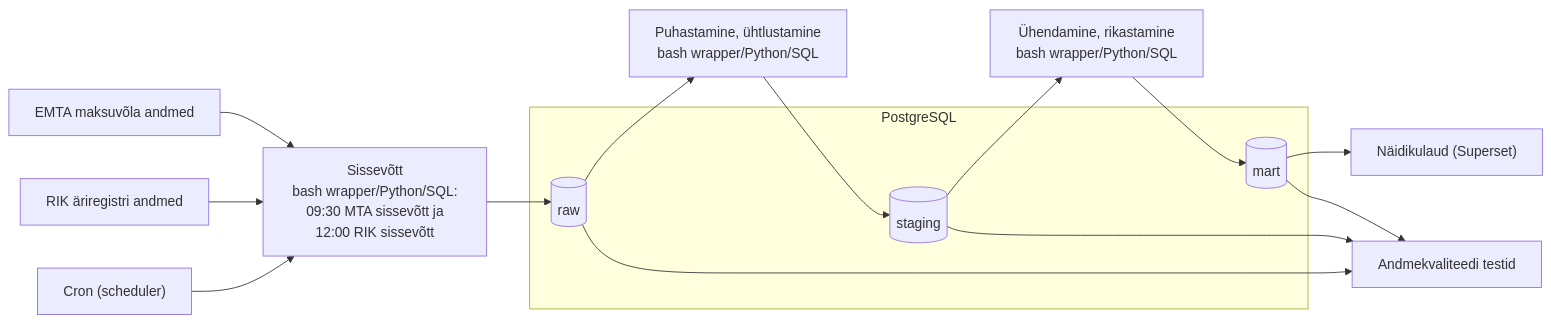
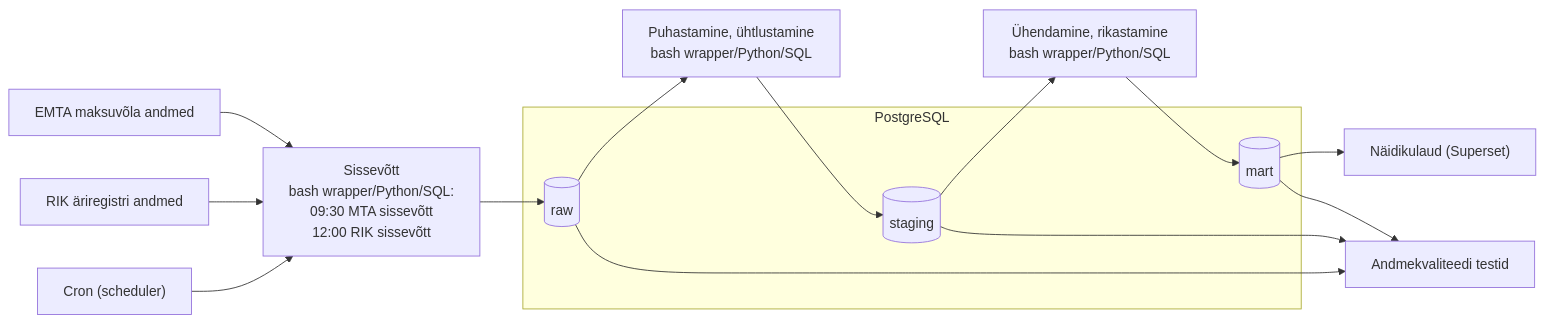
The diagram in docs/README.md (KulliPeed/Projektitoo_MREV), drawn with Mermaid before and after one commit.

````diff
--- a/docs/README.md
+++ b/docs/README.md
@@ -20,32 +20,32 @@
 ```mermaid
 flowchart LR
     %% Andmeallikad
-    source1[EMTA maksuvõla andmed] --> ingest["Sissevõtt<br/>bash wrapper/Python/SQL:<br/> 09:30 MTA sissevõtt ja 12:00 RIK sissevõtt"]
+    source1[EMTA maksuvõla andmed] --> ingest["Sissevõtt<br/>bash wrapper/Python/SQL:<br/> 09:30 MTA sissevõtt <br/> 12:00 RIK sissevõtt"]
     source2[RIK äriregistri andmed] --> ingest
 
     %% Scheduler / orkestreerimine
     cron["Cron (scheduler)"] --> ingest
 
     %% Andmebaas (PostgreSQL)
     subgraph db[PostgreSQL]
         raw[(raw)]
         staging[(staging)]
         mart[(mart)]
     end
 
     %% Andmetöötlus
     ingest --> raw
     raw --> transform1["Puhastamine, ühtlustamine<br/>bash wrapper/Python/SQL"]
 
     transform1 --> staging
     staging --> transform2["Ühendamine, rikastamine<br/>bash wrapper/Python/SQL"]
 
     transform2 --> mart
 
     %% Tarbimine
     mart --> dashboard["Näidikulaud (Superset)"]
     raw -->  source3[Andmekvaliteedi testid]
     staging --> source3[Andmekvaliteedi testid]
     mart --> source3[Andmekvaliteedi testid]
   
 ```
````
